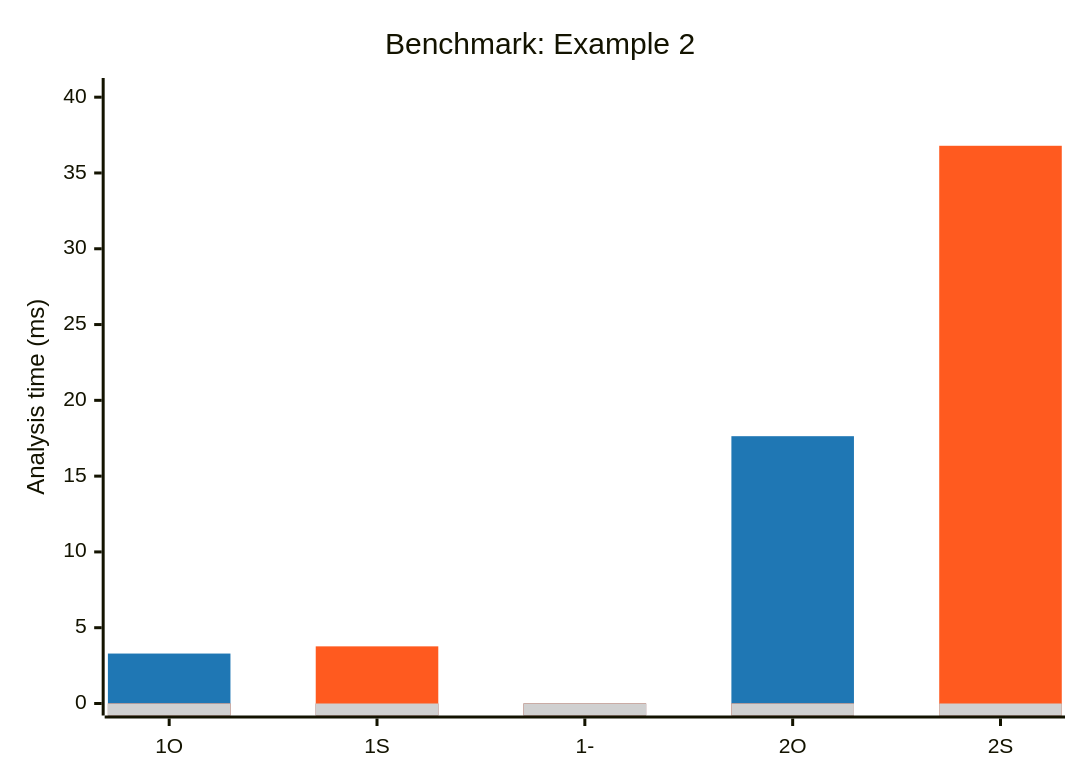
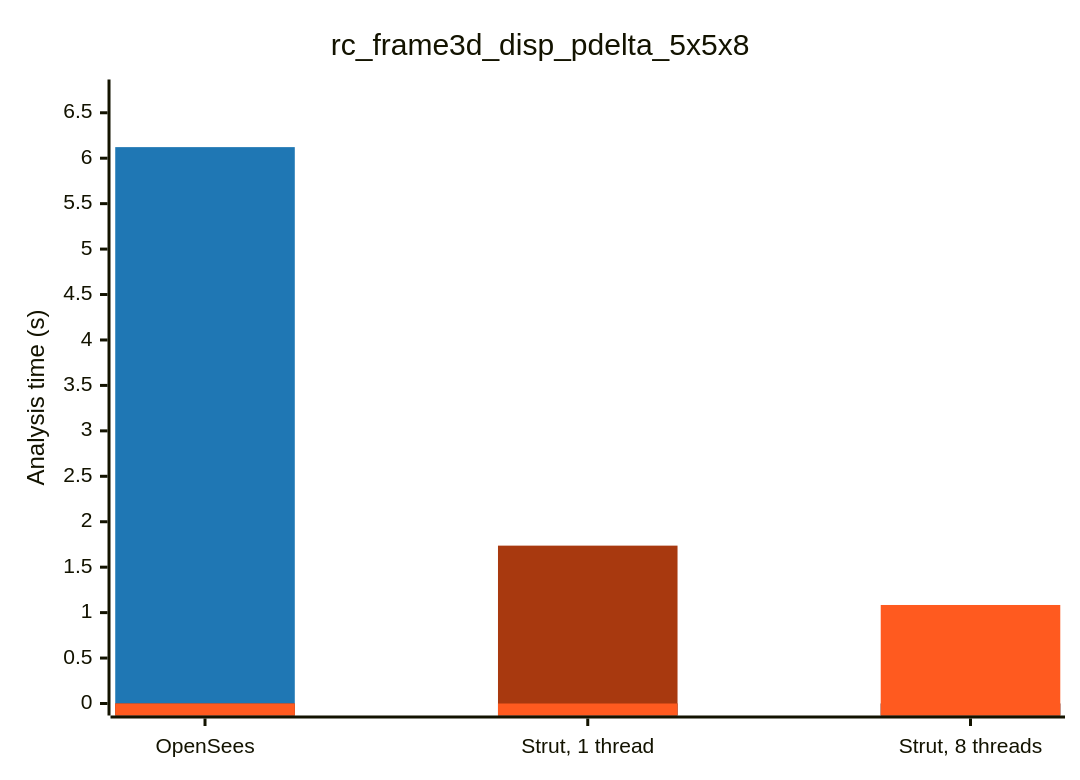
Before and after one commit to NathanaelRea/Strut: the third of 9 diagrams in docs/benchmark-opensees-examples.md, drawn with Mermaid. The commit also changed other lines of this file and 66 other files, not shown here.

````diff
--- a/docs/benchmark-opensees-examples.md
+++ b/docs/benchmark-opensees-examples.md
@@ -32,15 +70,15 @@
 ```mermaid
 ---
 config:
   themeVariables:
     xyChart:
-      plotColorPalette: '#1f77b4, #FF5A1F, #d0d0d0'
+      plotColorPalette: '#1f77b4, #a8390f, #FF5A1F'
 ---
 xychart-beta
-    title "Benchmark: Example 2"
-    x-axis ["1O", "1S", "1-", "2O", "2S"]
-    y-axis "Analysis time (ms)" 0 --> 40.474
-    bar "OS" [3.295, 0.0, 0.0, 17.635, 0.0]
-    bar "STR" [0.0, 3.770, 0.0, 0.0, 36.794]
-    bar "mask" [0.0, 0.0, 0.0, 0.0, 0.0]
+    title "rc_frame3d_disp_pdelta_5x5x8"
+    x-axis ["OpenSees", "Strut, 1 thread", "Strut, 8 threads"]
+    y-axis "Analysis time (s)" 0 --> 6.734
+    bar "OS" [6.122, 0.0, 0.0]
+    bar "STR1" [0.0, 1.737, 0.0]
+    bar "STR" [0.0, 0.0, 1.084]
 ```
````
